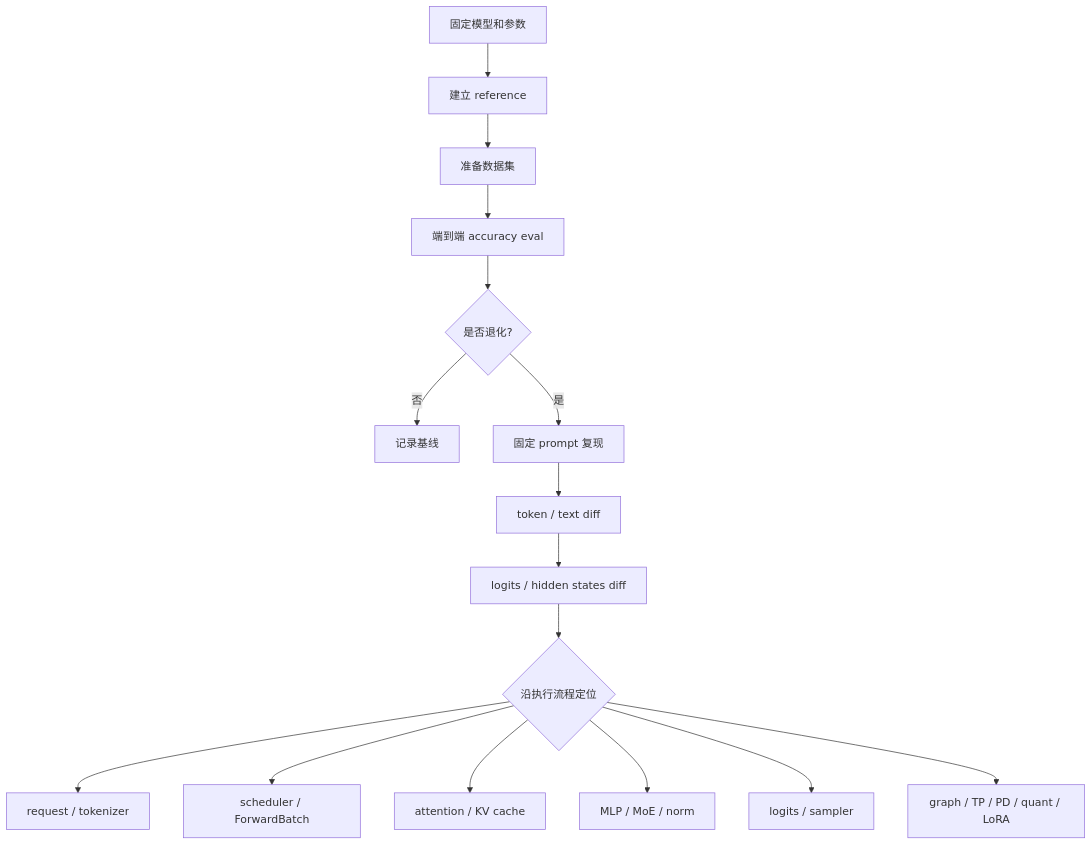
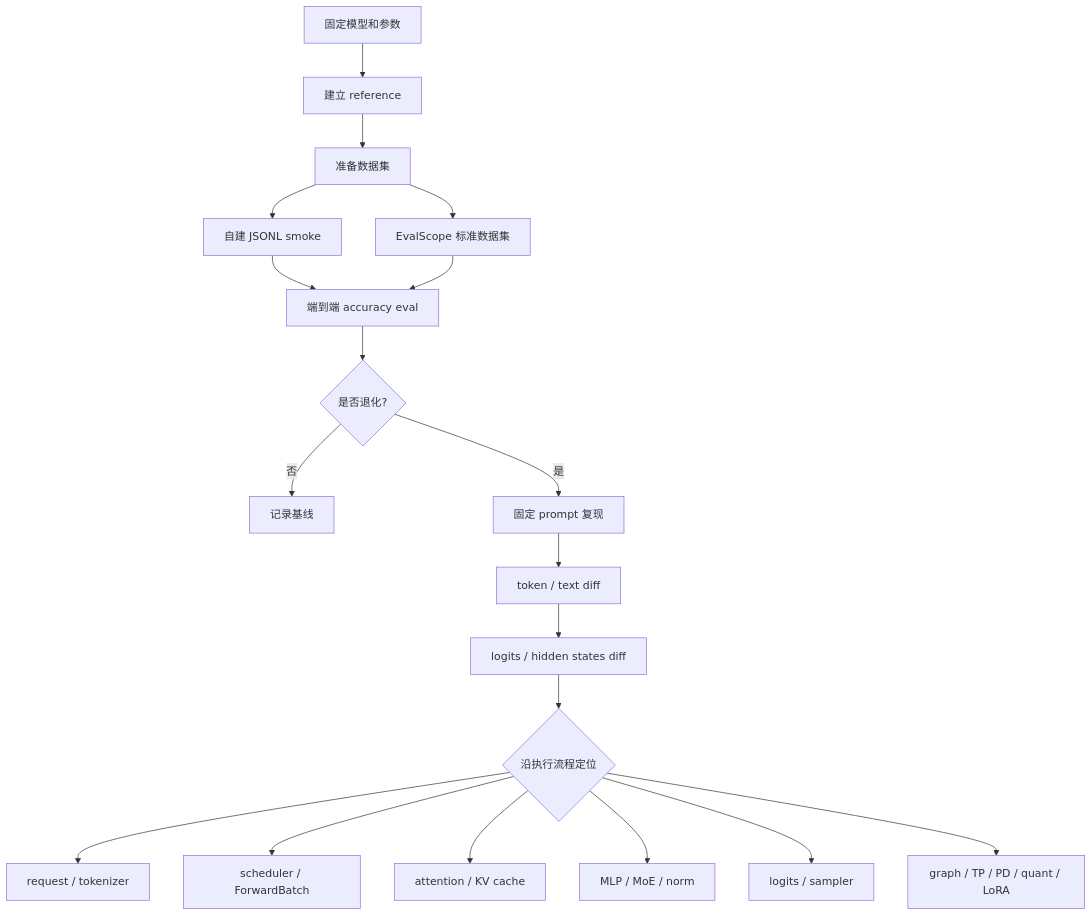
Before and after one commit to cl-vv-h/SGLang_Tutor: the first of 4 diagrams in learning/sglang-ascend-npu/15-accuracy-testing-and-debugging.md, drawn with Mermaid. The commit also changed other lines of this file and 1 other file, not shown here.

Commit message:
docs: add EvalScope accuracy evaluation guide

````diff
--- a/learning/sglang-ascend-npu/15-accuracy-testing-and-debugging.md
+++ b/learning/sglang-ascend-npu/15-accuracy-testing-and-debugging.md
@@ -13,18 +13,21 @@
 ```mermaid
 flowchart TD
   A["固定模型和参数"] --> B["建立 reference"]
   B --> C["准备数据集"]
-  C --> D["端到端 accuracy eval"]
+  C --> C1["自建 JSONL smoke"]
+  C --> C2["EvalScope 标准数据集"]
+  C1 --> D["端到端 accuracy eval"]
+  C2 --> D
   D --> E{"是否退化?"}
   E -->|"否"| F["记录基线"]
   E -->|"是"| G["固定 prompt 复现"]
   G --> H["token / text diff"]
   H --> I["logits / hidden states diff"]
   I --> J{"沿执行流程定位"}
   J --> J1["request / tokenizer"]
   J --> J2["scheduler / ForwardBatch"]
   J --> J3["attention / KV cache"]
   J --> J4["MLP / MoE / norm"]
   J --> J5["logits / sampler"]
   J --> J6["graph / TP / PD / quant / LoRA"]
 ```
````
